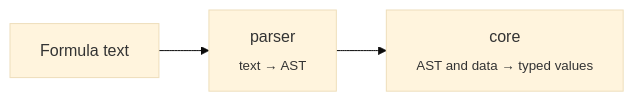
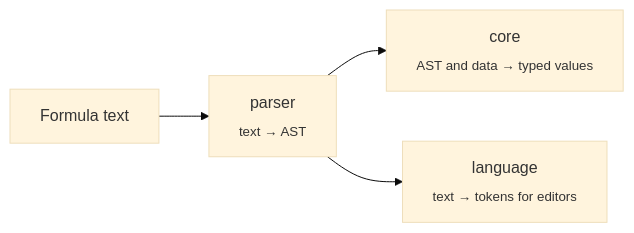
One commit to rushelex/evalex changed the diagram in README.md. Above: the diagram before and after it, drawn with Mermaid (base theme). The commit also changed other lines of this file and 14 other files, not shown here.

````diff
--- a/README.md
+++ b/README.md
@@ -176,5 +190,6 @@
 ```mermaid
 flowchart LR
   A["Formula text"] --> P["parser<br/><sub>text → AST</sub>"]
   P --> C["core<br/><sub>AST and data → typed values</sub>"]
+  P --> L["language<br/><sub>text → tokens for editors</sub>"]
 ```
````
